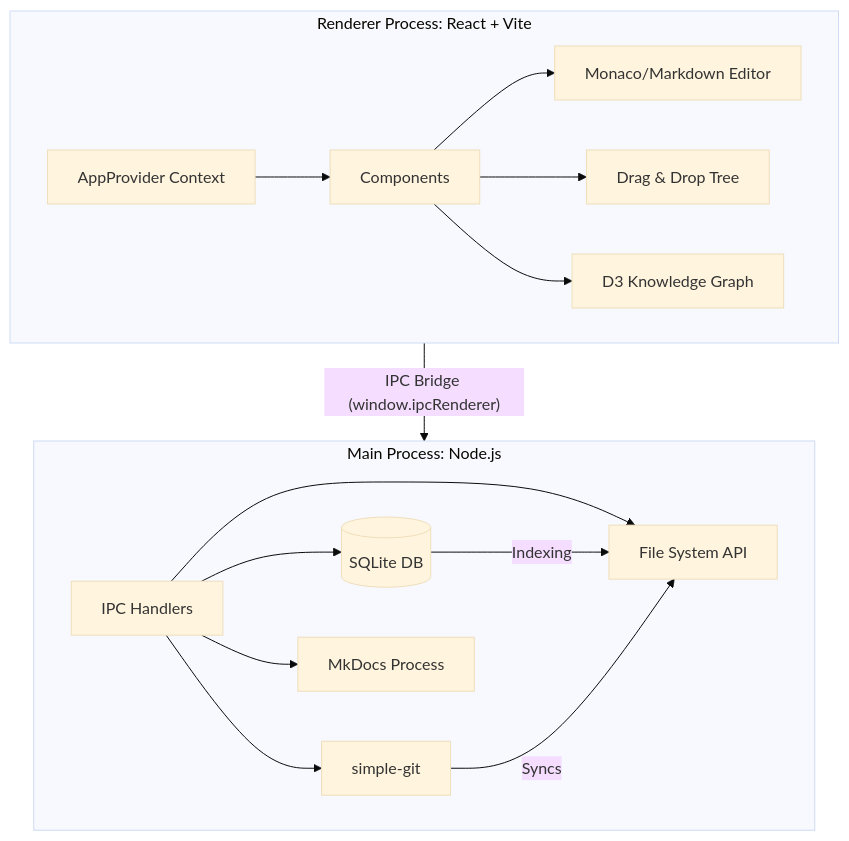
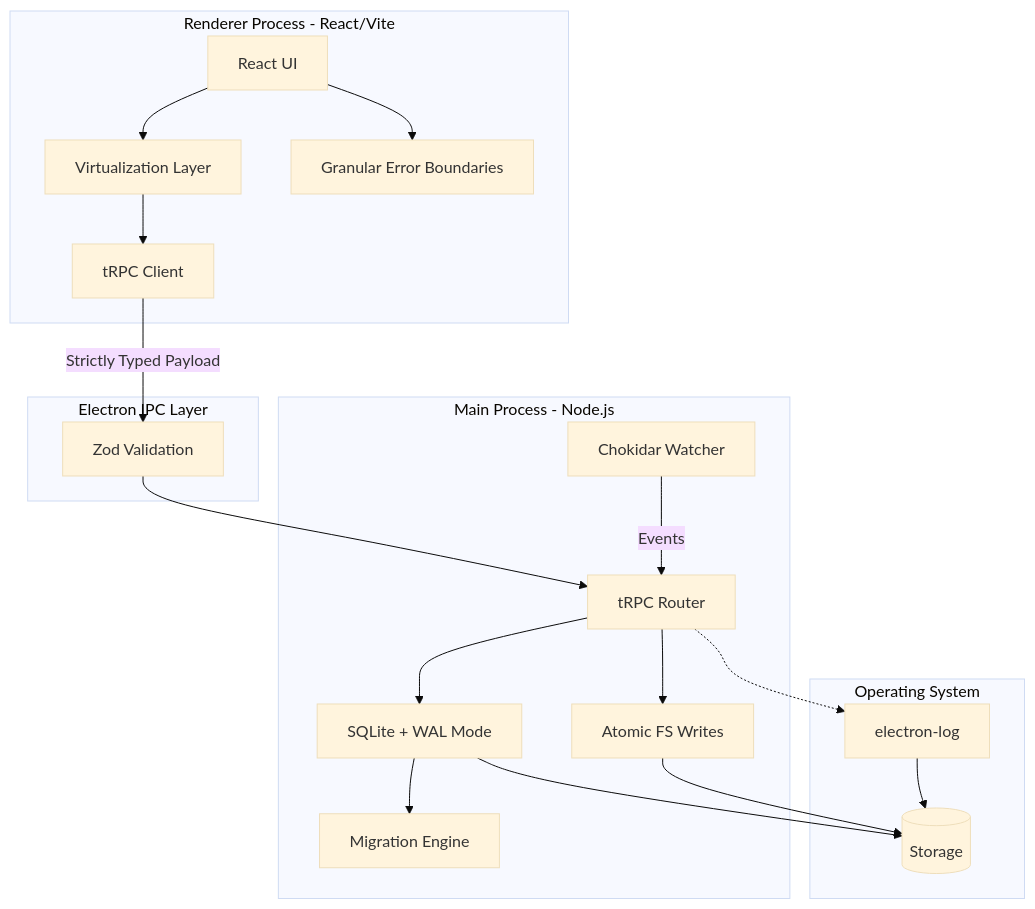
One commit to Vikramadtya/Mneme changed the diagram in README.md. Above: the diagram before and after it, drawn with Mermaid (base theme). The commit also changed other lines of this file and 1 other file, not shown here.

````diff
--- a/README.md
+++ b/README.md
@@ -35,20 +352,27 @@
 ```mermaid
 graph TD
-    subgraph Frontend [Renderer Process: React + Vite]
-        AppProvider[AppProvider Context] --> UI[Components]
-        UI --> Editor[Monaco/Markdown Editor]
-        UI --> DND[Drag & Drop Tree]
-        UI --> Graph[D3 Knowledge Graph]
+    subgraph Renderer [Renderer Process - React/Vite]
+        UI[React UI] --> Virtual[Virtualization Layer]
+        Virtual --> TRPCClient[tRPC Client]
+        UI --> ErrorBound[Granular Error Boundaries]
     end
 
-    subgraph Backend [Main Process: Node.js]
-        IPC[IPC Handlers] --> SQLite[(SQLite DB)]
-        IPC --> FS[File System API]
-        IPC --> Git[simple-git]
-        IPC --> MkDocs[MkDocs Process]
+    subgraph IPC [Electron IPC Layer]
+        TRPCClient -->|Strictly Typed Payload| Zod[Zod Validation]
     end
 
-    Frontend -- IPC Bridge (window.ipcRenderer) --> Backend
-    SQLite -- Indexing --> FS
-    Git -- Syncs --> FS
+    subgraph Main [Main Process - Node.js]
+        Zod --> TRPCRouter[tRPC Router]
+        TRPCRouter --> DB[SQLite + WAL Mode]
+        TRPCRouter --> FS[Atomic FS Writes]
+        FSWatcher[Chokidar Watcher] -->|Events| TRPCRouter
+        DB --> Migrations[Migration Engine]
+    end
+
+    subgraph OS [Operating System]
+        DB --> Disk[(Storage)]
+        FS --> Disk
+        Log[electron-log] --> Disk
+        TRPCRouter -.-> Log
+    end
 ```
````
